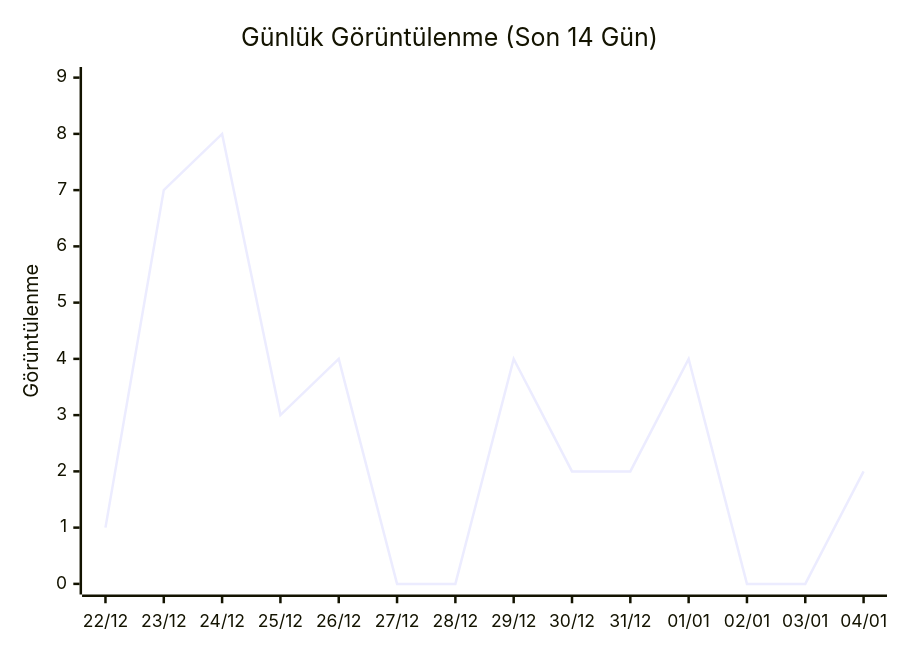
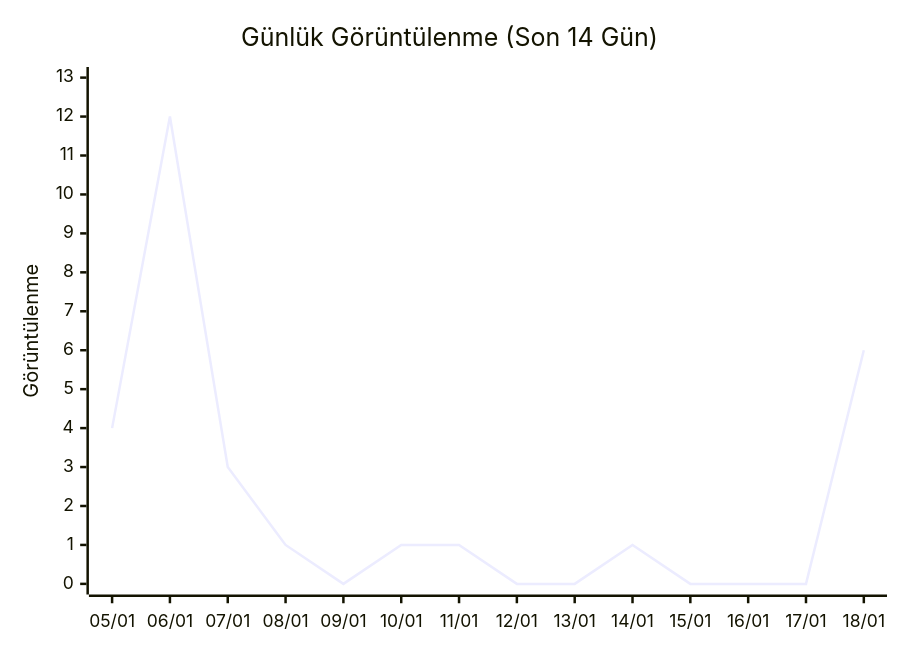
One commit to metehanboy/epint changed the first of 3 diagrams in README.md. Above: the diagram before and after it, drawn with Mermaid. The commit also changed other lines of this file and 3 other files, not shown here.

````diff
--- a/README.md
+++ b/README.md
@@ -263,7 +263,7 @@
 ```mermaid
 xychart-beta
     title "Günlük Görüntülenme (Son 14 Gün)"
-    x-axis ["22/12", "23/12", "24/12", "25/12", "26/12", "27/12", "28/12", "29/12", "30/12", "31/12", "01/01", "02/01", "03/01", "04/01"]
-    y-axis "Görüntülenme" 0 --> 9
-    line [1, 7, 8, 3, 4, 0, 0, 4, 2, 2, 4, 0, 0, 2]
+    x-axis ["05/01", "06/01", "07/01", "08/01", "09/01", "10/01", "11/01", "12/01", "13/01", "14/01", "15/01", "16/01", "17/01", "18/01"]
+    y-axis "Görüntülenme" 0 --> 13
+    line [4, 12, 3, 1, 0, 1, 1, 0, 0, 1, 0, 0, 0, 6]
 ```
````
